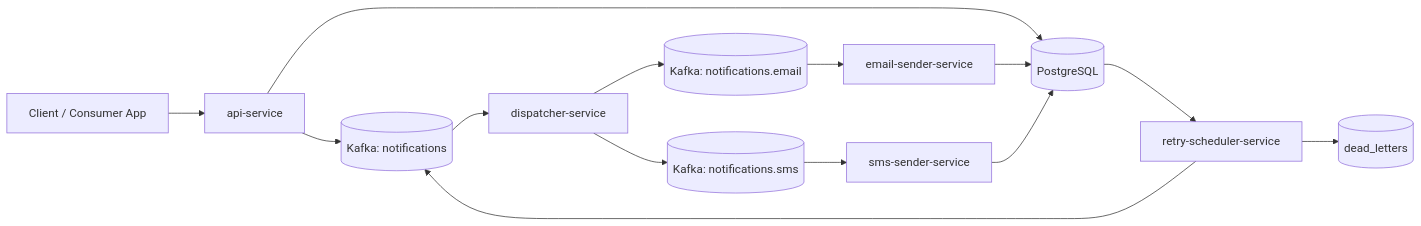
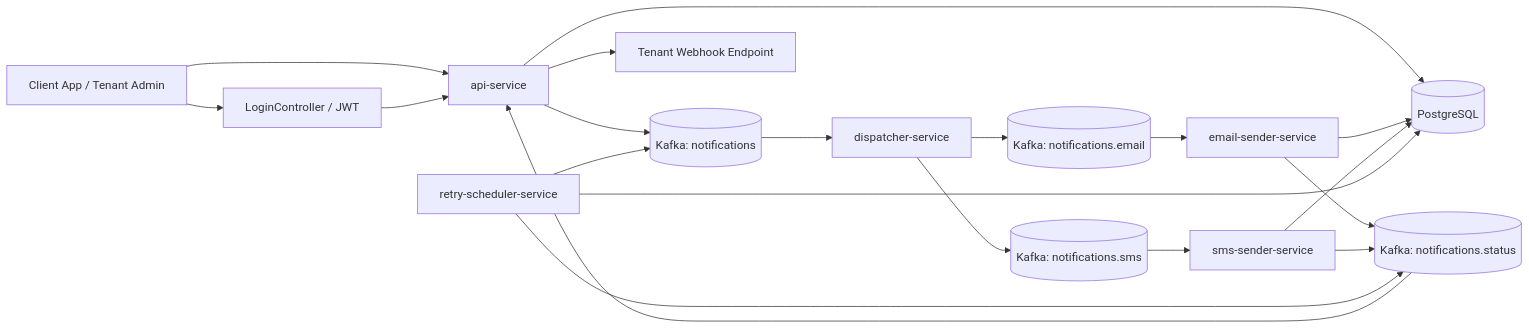
One commit to abhishekwork07/NotiX--Notification-Delivery-Service changed the diagram in README.md. Above: the diagram before and after it, drawn with Mermaid. The commit also changed other lines of this file and 9 other files, not shown here.

First line of the commit message:
docs: document v2 SaaS architecture

````diff
--- a/README.md
+++ b/README.md
@@ -58,28 +30,36 @@
 ```mermaid
 flowchart LR
-    client["Client / Consumer App"]
+    client["Client App / Tenant Admin"]
+    login["LoginController / JWT"]
     api["api-service"]
-    topic_main[("Kafka: notifications")]
+    db[("PostgreSQL")]
+    topicMain[("Kafka: notifications")]
     dispatcher["dispatcher-service"]
-    topic_email[("Kafka: notifications.email")]
-    topic_sms[("Kafka: notifications.sms")]
+    topicEmail[("Kafka: notifications.email")]
+    topicSms[("Kafka: notifications.sms")]
+    topicStatus[("Kafka: notifications.status")]
     email["email-sender-service"]
     sms["sms-sender-service"]
-    db[("PostgreSQL")]
     retry["retry-scheduler-service"]
-    dlq[("dead_letters")]
+    webhook["Tenant Webhook Endpoint"]
 
+    client --> login
     client --> api
-    api --> topic_main
-    topic_main --> dispatcher
-    dispatcher --> topic_email
-    dispatcher --> topic_sms
-    topic_email --> email
-    topic_sms --> sms
+    login --> api
     api --> db
+    api --> topicMain
+    topicMain --> dispatcher
+    dispatcher --> topicEmail
+    dispatcher --> topicSms
+    topicEmail --> email
+    topicSms --> sms
     email --> db
     sms --> db
-    db --> retry
-    retry --> topic_main
-    retry --> dlq
+    email --> topicStatus
+    sms --> topicStatus
+    retry --> db
+    retry --> topicMain
+    retry --> topicStatus
+    topicStatus --> api
+    api --> webhook
 ```
````
